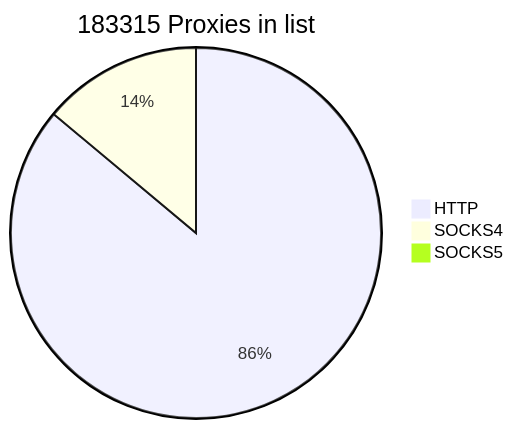
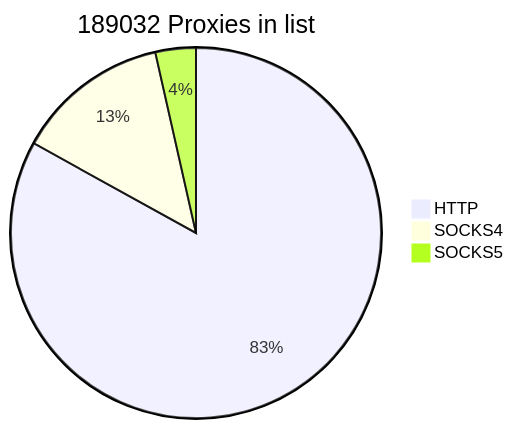
Before and after one commit to cutipu/proxylist: the first of 2 diagrams in README.md, drawn with Mermaid. The commit also changed other lines of this file, not shown here.

````diff
--- a/README.md
+++ b/README.md
@@ -2,7 +2,7 @@
 ```mermaid
-pie title 183315 Proxies in list
-    "HTTP" : 156831
-    "SOCKS4" : 25369
-    "SOCKS5" : 1115
+pie title 189032 Proxies in list
+    "HTTP" : 156977
+    "SOCKS4" : 25383
+    "SOCKS5" : 6672
             
 ```
````
